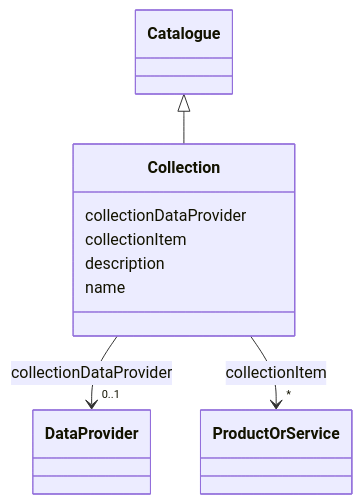
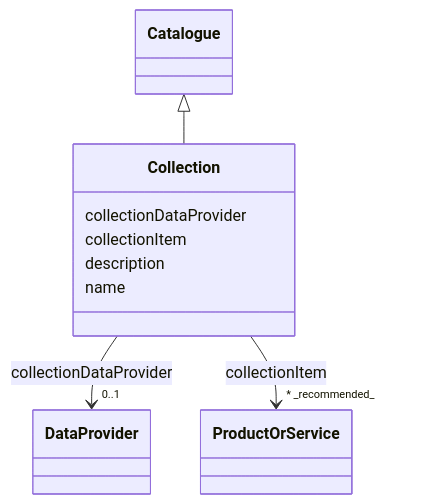
One commit to EVORA-project/evora-ontology changed the diagram in models/docs/Collection.md. Above: the diagram before and after it, drawn with Mermaid. The commit also changed other lines of this file and 1187 other files, not shown here.

````diff
--- a/models/docs/Collection.md
+++ b/models/docs/Collection.md
@@ -19,31 +19,31 @@
 ```mermaid
  classDiagram
     class Collection
     click Collection href "../Collection"
       Catalogue <|-- Collection
         click Catalogue href "../Catalogue"
       
       Collection : collectionDataProvider
         
           
     
     
     Collection --> "0..1" DataProvider : collectionDataProvider
     click DataProvider href "../DataProvider"
 
         
       Collection : collectionItem
         
           
     
     
-    Collection --> "*" ProductOrService : collectionItem
+    Collection --> "* _recommended_" ProductOrService : collectionItem
     click ProductOrService href "../ProductOrService"
 
         
       Collection : description
         
       Collection : name
         
       
 ```
````
